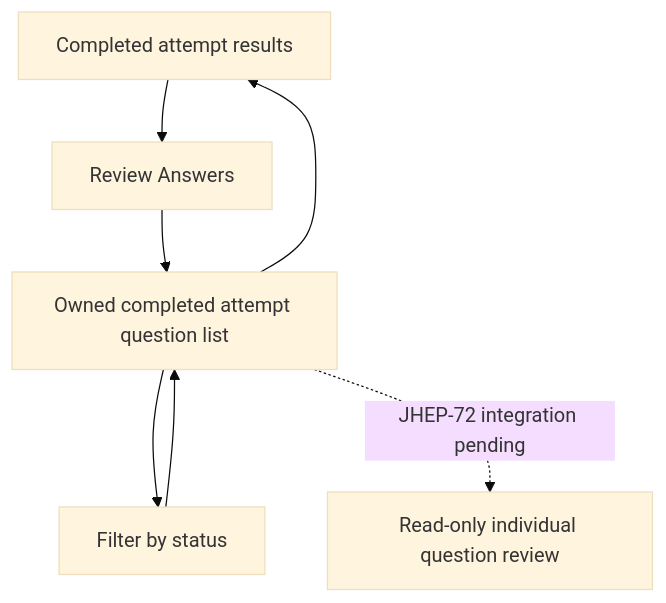
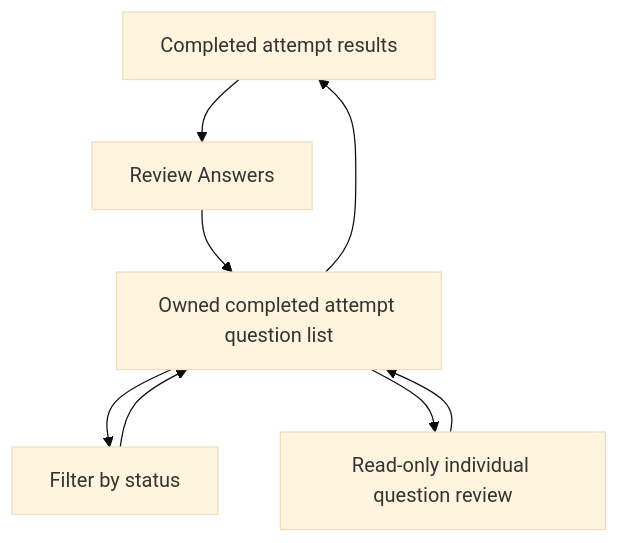
One commit to chingu-voyages/X02-team-01 changed the diagram in docs/completed-exam-review.md. Above: the diagram before and after it, drawn with Mermaid (base theme). The commit also changed other lines of this file and 4 other files, not shown here.

Commit message:
docs(JHEP-72): finalize review documentation and E2E lint correction

````diff
--- a/docs/completed-exam-review.md
+++ b/docs/completed-exam-review.md
@@ -7,9 +7,10 @@
 ```mermaid
 flowchart TD
     A[Completed attempt results] --> B[Review Answers]
     B --> C[Owned completed attempt question list]
     C --> D[Filter by status]
     D --> C
     C --> A
-    C -. JHEP-72 integration pending .-> E[Read-only individual question review]
+    C --> E[Read-only individual question review]
+    E --> C
 ```
````
